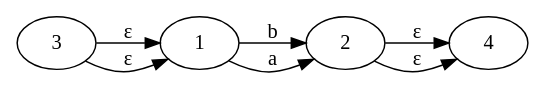
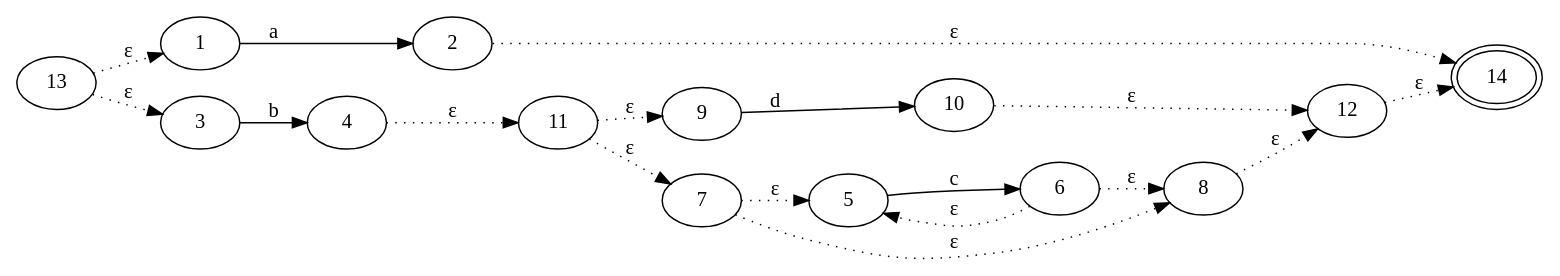
The diagram in lua_demo/res.dot (JuanZoran/Principle-of-compilation-from-scratch), drawn with Graphviz before and after one commit. The commit also changed 8 other files, not shown here.

```diff
--- a/lua_demo/res.dot
+++ b/lua_demo/res.dot
@@ -1,11 +1,23 @@
-// Start State: 3
-// Final State: 4
+// Start State: 13
+// Final State: 14
 digraph {
 rankdir = LR
-3 -> 1 [label="ε"]
-1 -> 2 [label="b"]
-2 -> 4 [label="ε"]
-3 -> 1 [label="ε"]
+14 [peripheries=2]
 1 -> 2 [label="a"]
-2 -> 4 [label="ε"]
+3 -> 4 [label="b"]
+5 -> 6 [label="c"]
+9 -> 10 [label="d"]
+2 -> 14 [style=dotted, label="ε"]
+4 -> 11 [style=dotted, label="ε"]
+6 -> 8 [style=dotted, label="ε"]
+6 -> 5 [style=dotted, label="ε"]
+7 -> 5 [style=dotted, label="ε"]
+7 -> 8 [style=dotted, label="ε"]
+8 -> 12 [style=dotted, label="ε"]
+10 -> 12 [style=dotted, label="ε"]
+11 -> 9 [style=dotted, label="ε"]
+11 -> 7 [style=dotted, label="ε"]
+12 -> 14 [style=dotted, label="ε"]
+13 -> 3 [style=dotted, label="ε"]
+13 -> 1 [style=dotted, label="ε"]
 }
```
